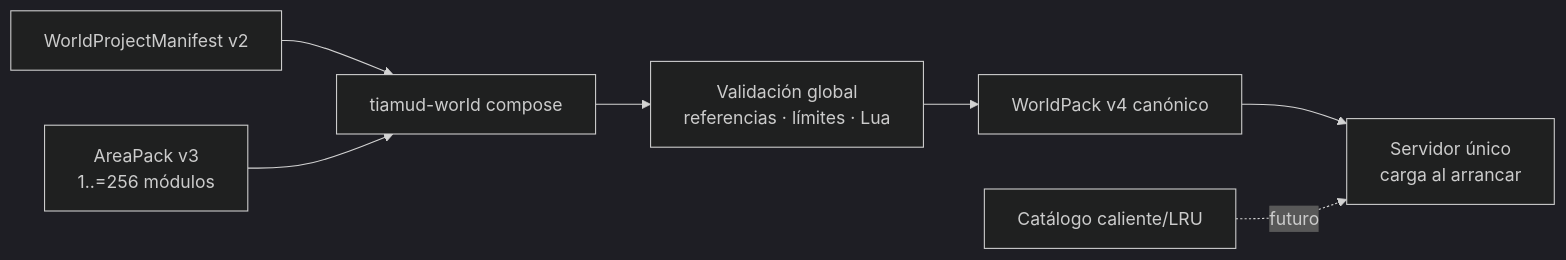
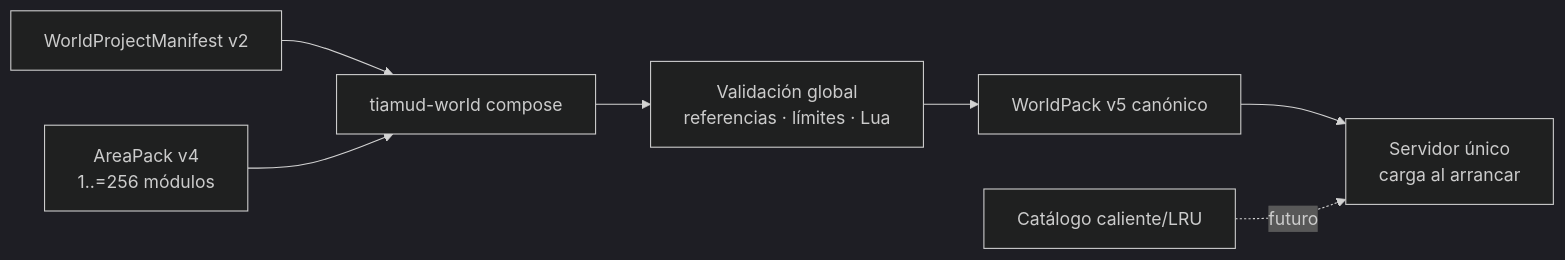
The first of 2 diagrams in docs/world-authoring.md (hyukudan/tiamud), drawn with Mermaid (dark theme) before and after one commit. The commit also changed other lines of this file and 56 other files, not shown here.

````diff
--- a/docs/world-authoring.md
+++ b/docs/world-authoring.md
@@ -31,12 +31,12 @@
 ```mermaid
 flowchart LR
     accTitle: Flujo vigente de autoría modular de Tiamud
     accDescr: Las áreas se componen y validan fuera de línea para producir un solo WorldPack canónico que el servidor carga al arrancar. No existe carga caliente.
 
     Project[WorldProjectManifest v2] --> Compose[tiamud-world compose]
-    Areas[AreaPack v3<br/>1..=256 módulos] --> Compose
+    Areas[AreaPack v4<br/>1..=256 módulos] --> Compose
     Compose --> Validate[Validación global<br/>referencias · límites · Lua]
-    Validate --> Artifact[WorldPack v4 canónico]
+    Validate --> Artifact[WorldPack v5 canónico]
     Artifact --> Server[Servidor único<br/>carga al arrancar]
     Hot[Catálogo caliente/LRU] -. futuro .-> Server
 ```
````
